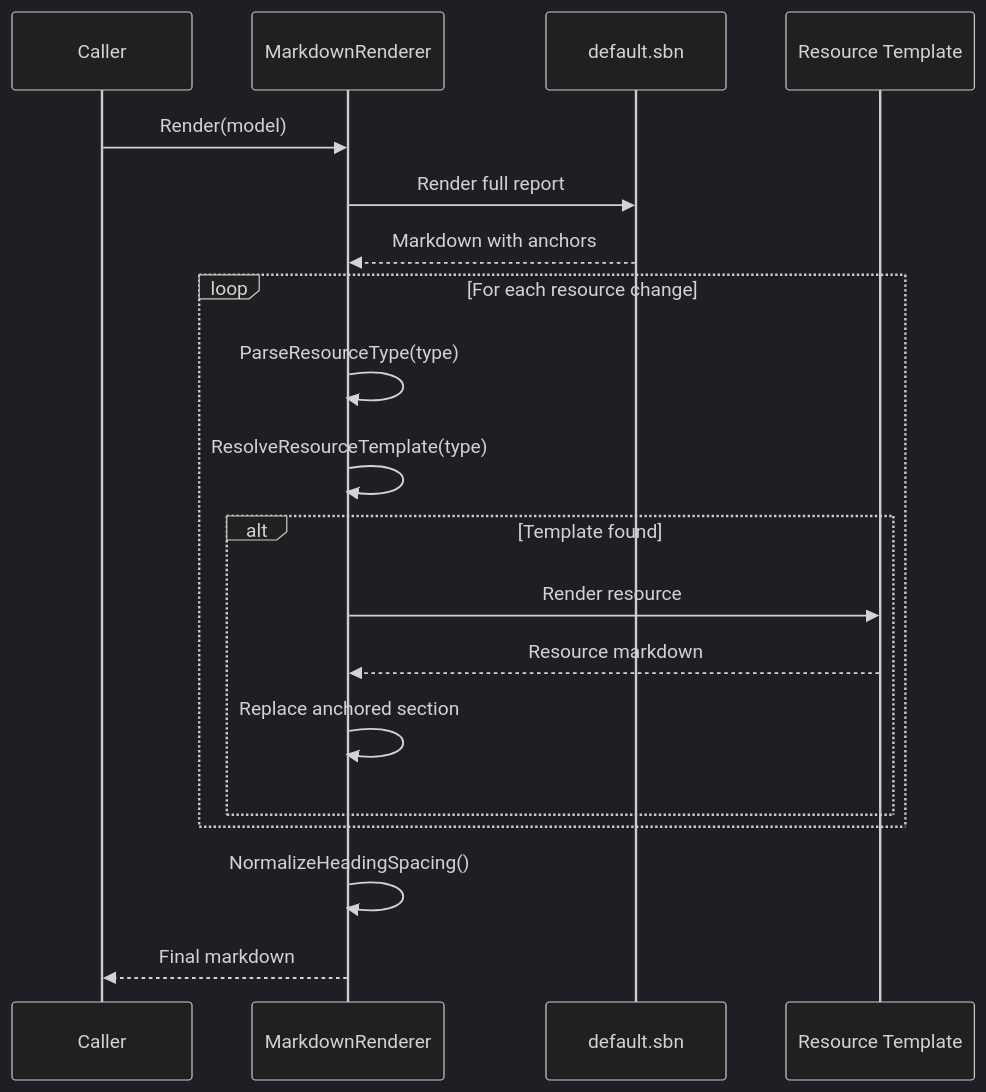
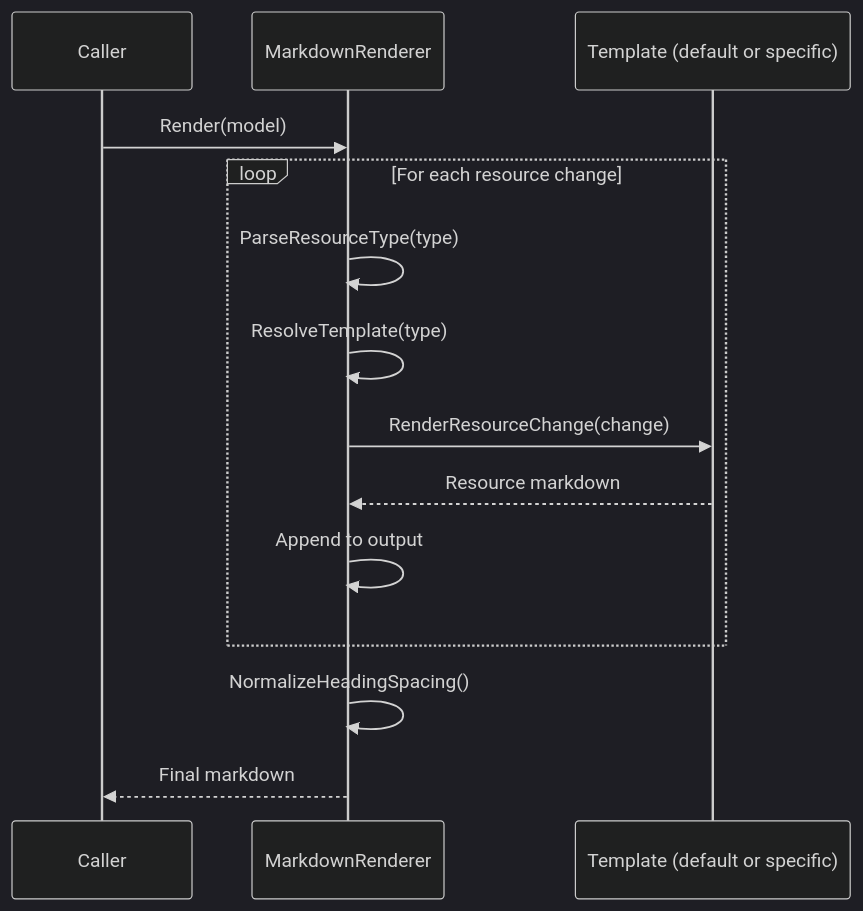
Before and after one commit to oocx/tfplan2md: diagram 14 of 15 in docs/architecture.md, drawn with Mermaid. The commit also changed other lines of this file and 21 other files, not shown here.

````diff
--- a/docs/architecture.md
+++ b/docs/architecture.md
@@ -898,25 +897,20 @@
 ```mermaid
 %%{init: {'theme':'dark', 'themeVariables': { 'fontSize':'16px', 'fontFamily':'ui-sans-serif, system-ui, sans-serif'}}}%%
 sequenceDiagram
     participant Caller
     participant Renderer as MarkdownRenderer
-    participant Default as default.sbn
-    participant Specific as Resource Template
+    participant Template as Template (default or specific)
     
     Caller->>Renderer: Render(model)
-    Renderer->>Default: Render full report
-    Default-->>Renderer: Markdown with anchors
     
     loop For each resource change
         Renderer->>Renderer: ParseResourceType(type)
-        Renderer->>Renderer: ResolveResourceTemplate(type)
-        alt Template found
-            Renderer->>Specific: Render resource
-            Specific-->>Renderer: Resource markdown
-            Renderer->>Renderer: Replace anchored section
-        end
+        Renderer->>Renderer: ResolveTemplate(type)
+        Renderer->>Template: RenderResourceChange(change)
+        Template-->>Renderer: Resource markdown
+        Renderer->>Renderer: Append to output
     end
     
     Renderer->>Renderer: NormalizeHeadingSpacing()
     Renderer-->>Caller: Final markdown
 ```
````
